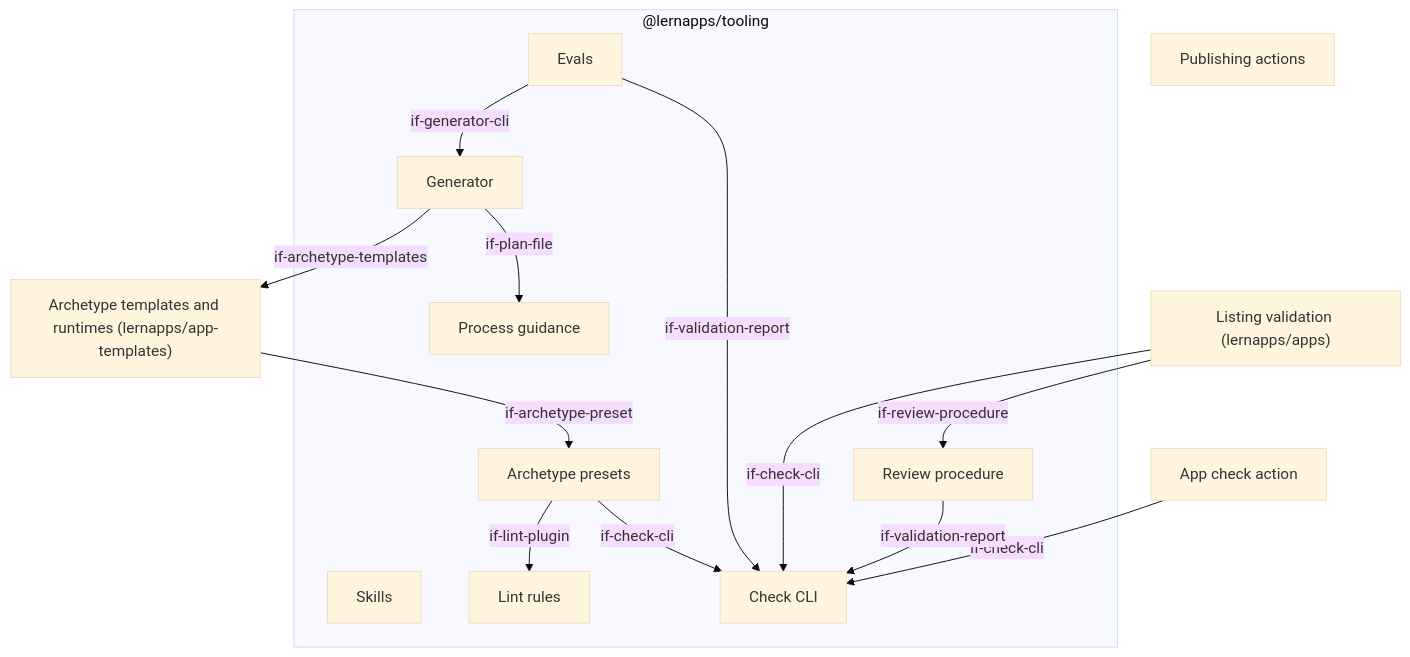
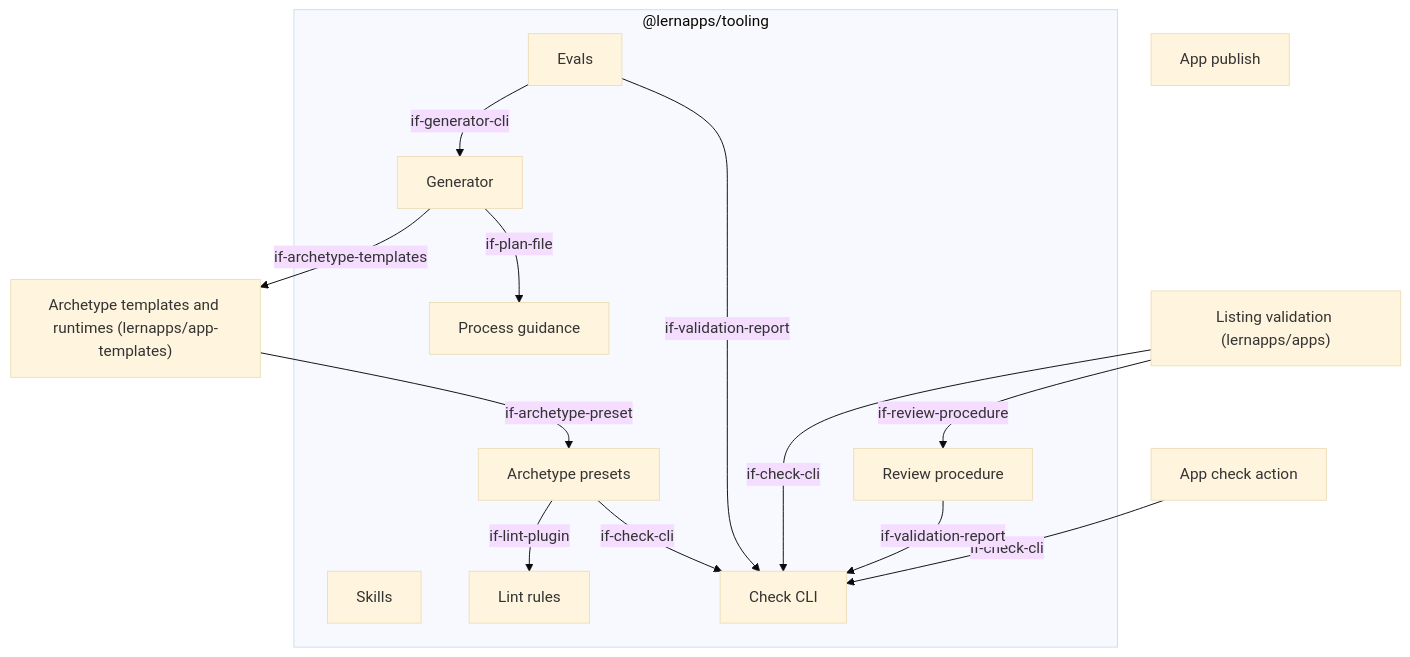
The first of 2 diagrams in docs/arc42/05-building-blocks.arc42.md (lernapps/tooling), drawn with Mermaid (base theme) before and after one commit. The commit also changed other lines of this file and 19 other files, not shown here.

First line of the commit message:
feat(app-publish): publish an app to its repo's GitHub Pages, checking the setup

````diff
--- a/docs/arc42/05-building-blocks.arc42.md
+++ b/docs/arc42/05-building-blocks.arc42.md
@@ -23,28 +23,28 @@
 ```mermaid
 flowchart TB
     subgraph bb-tooling-package["@lernapps/tooling"]
         bb-process-guidance["Process guidance"]
         bb-skills["Skills"]
         bb-generator["Generator"]
         bb-archetypes["Archetype presets"]
         bb-lint-rules["Lint rules"]
         bb-check-cli["Check CLI"]
         bb-review-procedure["Review procedure"]
         bb-evals["Evals"]
     end
     bb-app-templates["Archetype templates and runtimes (lernapps/app-templates)"]
     bb-app-check-action["App check action"]
-    bb-publishing-actions["Publishing actions"]
+    bb-app-publish["App publish"]
     bb-listing-validation["Listing validation (lernapps/apps)"]
     bb-generator -->|"if-archetype-templates"| bb-app-templates
     bb-generator -->|"if-plan-file"| bb-process-guidance
     bb-app-templates -->|"if-archetype-preset"| bb-archetypes
     bb-archetypes -->|"if-lint-plugin"| bb-lint-rules
     bb-archetypes -->|"if-check-cli"| bb-check-cli
     bb-app-check-action -->|"if-check-cli"| bb-check-cli
     bb-listing-validation -->|"if-check-cli"| bb-check-cli
     bb-listing-validation -->|"if-review-procedure"| bb-review-procedure
     bb-review-procedure -->|"if-validation-report"| bb-check-cli
     bb-evals -->|"if-generator-cli"| bb-generator
     bb-evals -->|"if-validation-report"| bb-check-cli
 ```
````
